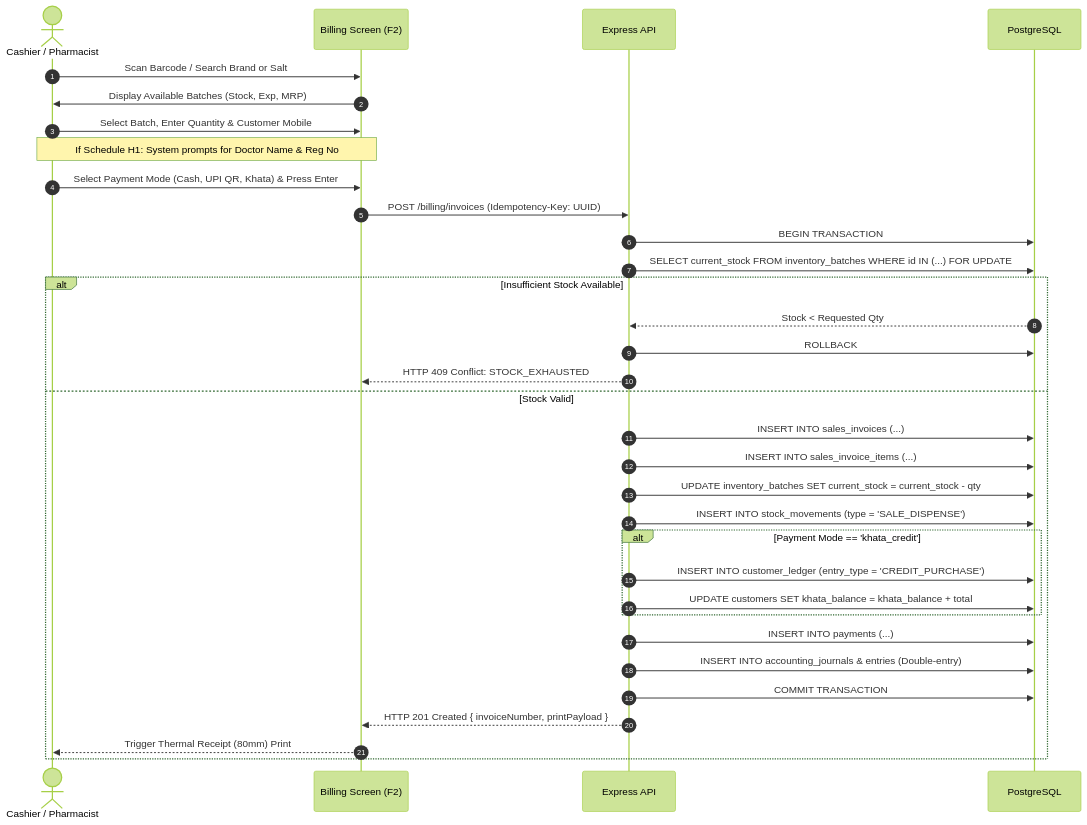
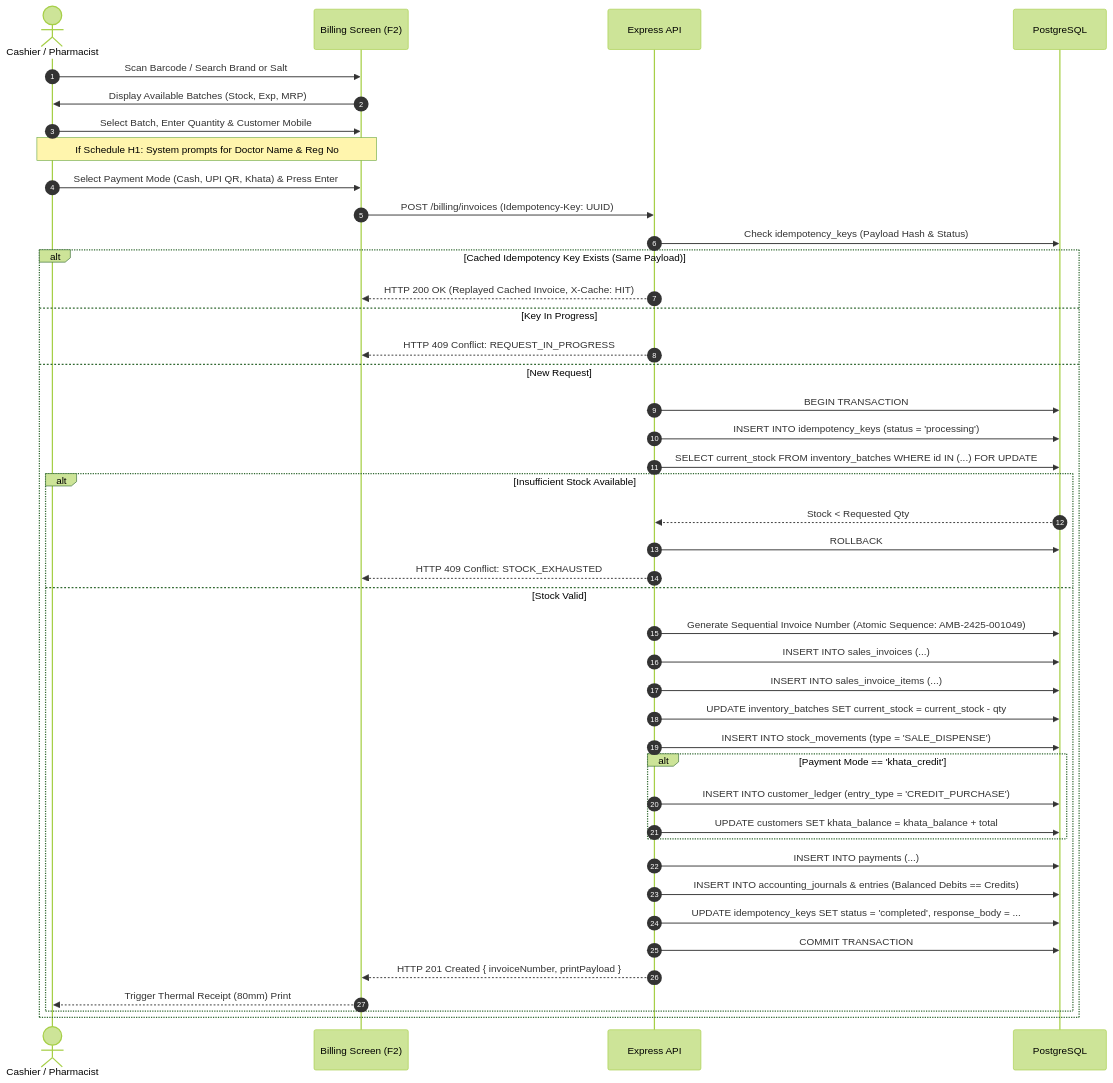
The fourth of 6 diagrams in docs/business-workflows.md (dhandesaurav37/pharmadesk), drawn with Mermaid (forest theme) before and after one commit. The commit also changed other lines of this file and 12 other files, not shown here.

````diff
--- a/docs/business-workflows.md
+++ b/docs/business-workflows.md
@@ -85,36 +103,46 @@
 ```mermaid
 sequenceDiagram
     autonumber
     actor Cashier as Cashier / Pharmacist
     participant POS as Billing Screen (F2)
     participant API as Express API
     participant DB as PostgreSQL
 
     Cashier->>POS: Scan Barcode / Search Brand or Salt
     POS->>Cashier: Display Available Batches (Stock, Exp, MRP)
     Cashier->>POS: Select Batch, Enter Quantity & Customer Mobile
     Note over Cashier,POS: If Schedule H1: System prompts for Doctor Name & Reg No
     Cashier->>POS: Select Payment Mode (Cash, UPI QR, Khata) & Press Enter
     POS->>API: POST /billing/invoices (Idempotency-Key: UUID)
-    API->>DB: BEGIN TRANSACTION
-    API->>DB: SELECT current_stock FROM inventory_batches WHERE id IN (...) FOR UPDATE
-    alt Insufficient Stock Available
-        DB-->>API: Stock < Requested Qty
-        API->>DB: ROLLBACK
-        API-->>POS: HTTP 409 Conflict: STOCK_EXHAUSTED
-    else Stock Valid
-        API->>DB: INSERT INTO sales_invoices (...)
-        API->>DB: INSERT INTO sales_invoice_items (...)
-        API->>DB: UPDATE inventory_batches SET current_stock = current_stock - qty
-        API->>DB: INSERT INTO stock_movements (type = 'SALE_DISPENSE')
-        alt Payment Mode == 'khata_credit'
-            API->>DB: INSERT INTO customer_ledger (entry_type = 'CREDIT_PURCHASE')
-            API->>DB: UPDATE customers SET khata_balance = khata_balance + total
+    API->>DB: Check idempotency_keys (Payload Hash & Status)
+    alt Cached Idempotency Key Exists (Same Payload)
+        API-->>POS: HTTP 200 OK (Replayed Cached Invoice, X-Cache: HIT)
+    else Key In Progress
+        API-->>POS: HTTP 409 Conflict: REQUEST_IN_PROGRESS
+    else New Request
+        API->>DB: BEGIN TRANSACTION
+        API->>DB: INSERT INTO idempotency_keys (status = 'processing')
+        API->>DB: SELECT current_stock FROM inventory_batches WHERE id IN (...) FOR UPDATE
+        alt Insufficient Stock Available
+            DB-->>API: Stock < Requested Qty
+            API->>DB: ROLLBACK
+            API-->>POS: HTTP 409 Conflict: STOCK_EXHAUSTED
+        else Stock Valid
+            API->>DB: Generate Sequential Invoice Number (Atomic Sequence: AMB-2425-001049)
+            API->>DB: INSERT INTO sales_invoices (...)
+            API->>DB: INSERT INTO sales_invoice_items (...)
+            API->>DB: UPDATE inventory_batches SET current_stock = current_stock - qty
+            API->>DB: INSERT INTO stock_movements (type = 'SALE_DISPENSE')
+            alt Payment Mode == 'khata_credit'
+                API->>DB: INSERT INTO customer_ledger (entry_type = 'CREDIT_PURCHASE')
+                API->>DB: UPDATE customers SET khata_balance = khata_balance + total
+            end
+            API->>DB: INSERT INTO payments (...)
+            API->>DB: INSERT INTO accounting_journals & entries (Balanced Debits == Credits)
+            API->>DB: UPDATE idempotency_keys SET status = 'completed', response_body = ...
+            API->>DB: COMMIT TRANSACTION
+            API-->>POS: HTTP 201 Created { invoiceNumber, printPayload }
+            POS-->>Cashier: Trigger Thermal Receipt (80mm) Print
         end
-        API->>DB: INSERT INTO payments (...)
-        API->>DB: INSERT INTO accounting_journals & entries (Double-entry)
-        API->>DB: COMMIT TRANSACTION
-        API-->>POS: HTTP 201 Created { invoiceNumber, printPayload }
-        POS-->>Cashier: Trigger Thermal Receipt (80mm) Print
     end
 ```
````
